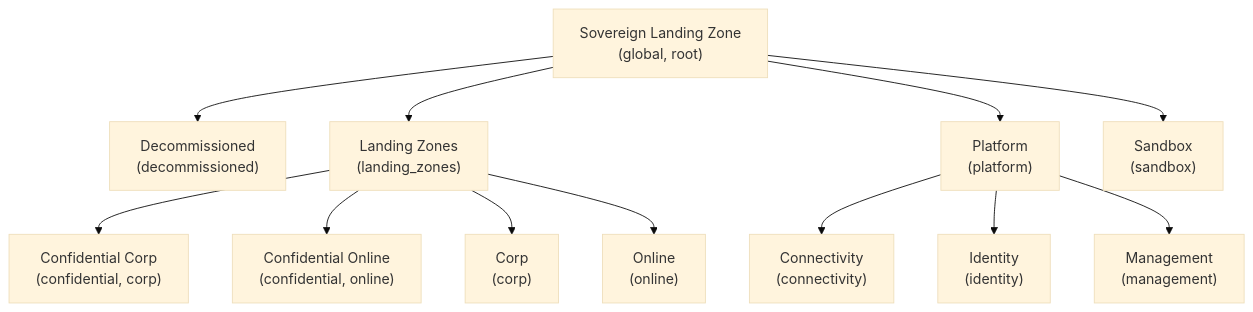
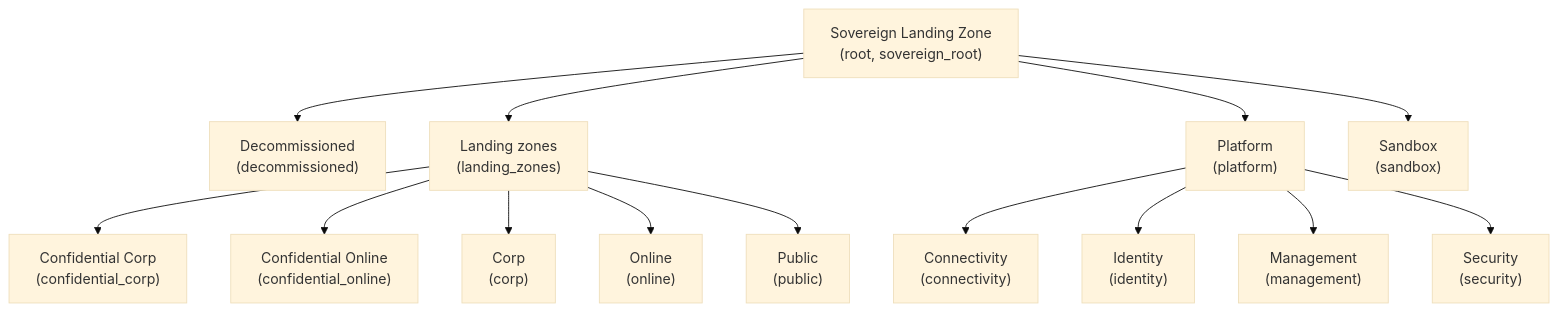
The second of 2 diagrams in platform/slz/README.md (Azure/Azure-Landing-Zones-Library), drawn with Mermaid (base theme) before and after one commit. The commit also changed other lines of this file and 32 other files, not shown here.

````diff
--- a/platform/slz/README.md
+++ b/platform/slz/README.md
@@ -70,39 +73,45 @@
 ```mermaid
 flowchart TD
-  mcfs["Sovereign Landing Zone
-(global, root)"]
-  mcfs --> mcfs-decommissioned
-  mcfs-decommissioned["Decommissioned
+  slz["Sovereign Landing Zone
+(root, sovereign_root)"]
+  slz --> decommissioned
+  decommissioned["Decommissioned
 (decommissioned)"]
-  mcfs --> mcfs-landingzones
-  mcfs-landingzones["Landing Zones
+  slz --> landingzones
+  landingzones["Landing zones
 (landing_zones)"]
-  mcfs-landingzones --> mcfs-landingzones-confidential-corp
-  mcfs-landingzones-confidential-corp["Confidential Corp
-(confidential, corp)"]
-  mcfs-landingzones --> mcfs-landingzones-confidential-online
-  mcfs-landingzones-confidential-online["Confidential Online
-(confidential, online)"]
-  mcfs-landingzones --> mcfs-landingzones-corp
-  mcfs-landingzones-corp["Corp
+  landingzones --> confidential_corp
+  confidential_corp["Confidential Corp
+(confidential_corp)"]
+  landingzones --> confidential_online
+  confidential_online["Confidential Online
+(confidential_online)"]
+  landingzones --> corp
+  corp["Corp
 (corp)"]
-  mcfs-landingzones --> mcfs-landingzones-online
-  mcfs-landingzones-online["Online
+  landingzones --> online
+  online["Online
 (online)"]
-  mcfs --> mcfs-platform
-  mcfs-platform["Platform
+  landingzones --> public
+  public["Public
+(public)"]
+  slz --> platform
+  platform["Platform
 (platform)"]
-  mcfs-platform --> mcfs-platform-connectivity
-  mcfs-platform-connectivity["Connectivity
+  platform --> connectivity
+  connectivity["Connectivity
 (connectivity)"]
-  mcfs-platform --> mcfs-platform-identity
-  mcfs-platform-identity["Identity
+  platform --> identity
+  identity["Identity
 (identity)"]
-  mcfs-platform --> mcfs-platform-management
-  mcfs-platform-management["Management
+  platform --> management
+  management["Management
 (management)"]
-  mcfs --> mcfs-sandbox
-  mcfs-sandbox["Sandbox
+  platform --> security
+  security["Security
+(security)"]
+  slz --> sandbox
+  sandbox["Sandbox
 (sandbox)"]
 
 ```
````
